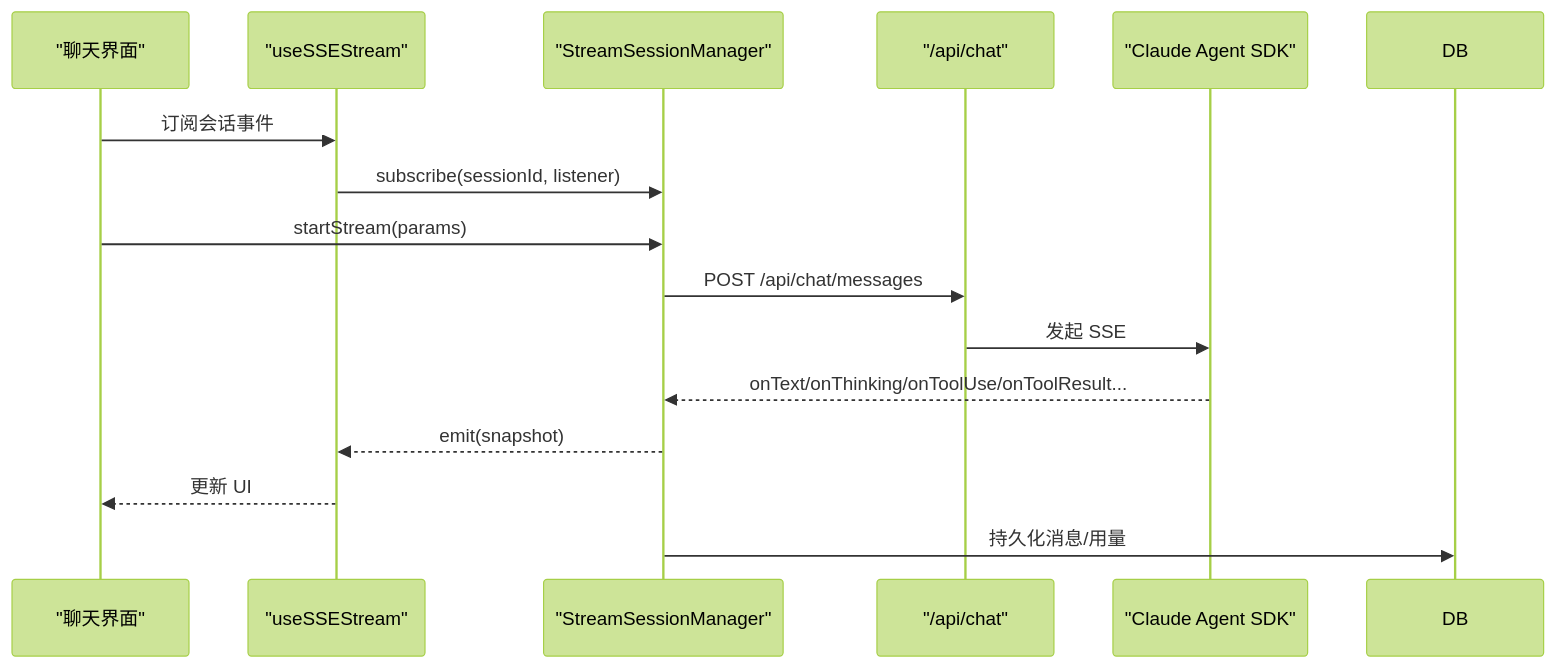
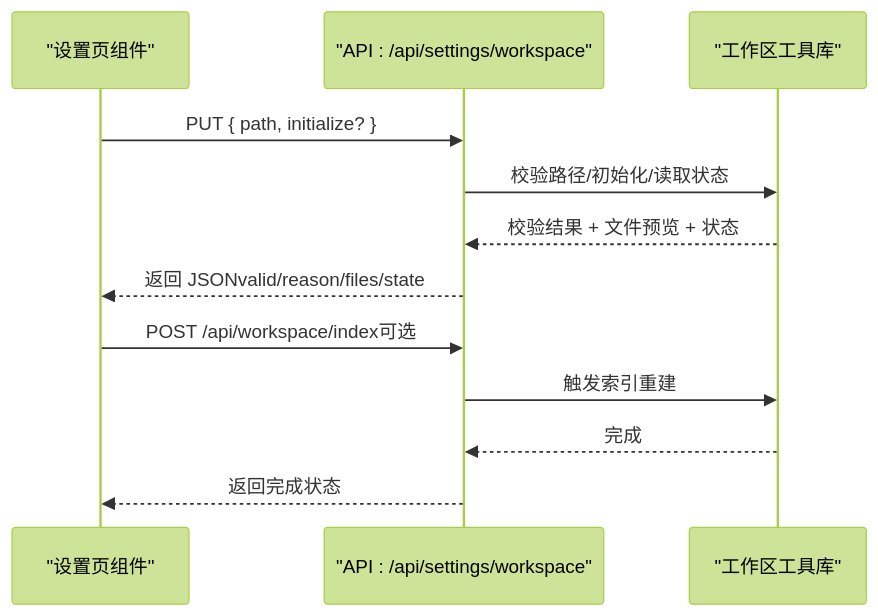
Before and after one commit to haolange/CodePilot: the fourth of 7 diagrams in .qoder/repowiki/zh/content/核心功能/核心功能.md, drawn with Mermaid (forest theme). The commit also changed other lines of this file and 203 other files, not shown here.

````diff
--- a/.qoder/repowiki/zh/content/核心功能/核心功能.md
+++ b/.qoder/repowiki/zh/content/核心功能/核心功能.md
@@ -296,17 +188,14 @@
 ```mermaid
 sequenceDiagram
-participant UI as "聊天界面"
-participant Hook as "useSSEStream"
-participant Mgr as "StreamSessionManager"
-participant API as "/api/chat"
-participant SDK as "Claude Agent SDK"
-UI->>Hook : 订阅会话事件
-Hook->>Mgr : subscribe(sessionId, listener)
-UI->>Mgr : startStream(params)
-Mgr->>API : POST /api/chat/messages
-API->>SDK : 发起 SSE
-SDK-->>Mgr : onText/onThinking/onToolUse/onToolResult...
-Mgr-->>Hook : emit(snapshot)
-Hook-->>UI : 更新 UI
-Mgr->>DB : 持久化消息/用量
+participant UI as "设置页组件"
+participant API as "API : /api/settings/workspace"
+participant WS as "工作区工具库"
+UI->>API : PUT { path, initialize? }
+API->>WS : 校验路径/初始化/读取状态
+WS-->>API : 校验结果 + 文件预览 + 状态
+API-->>UI : 返回 JSONvalid/reason/files/state
+UI->>API : POST /api/workspace/index可选
+API->>WS : 触发索引重建
+WS-->>API : 完成
+API-->>UI : 返回完成状态
 ```
````
